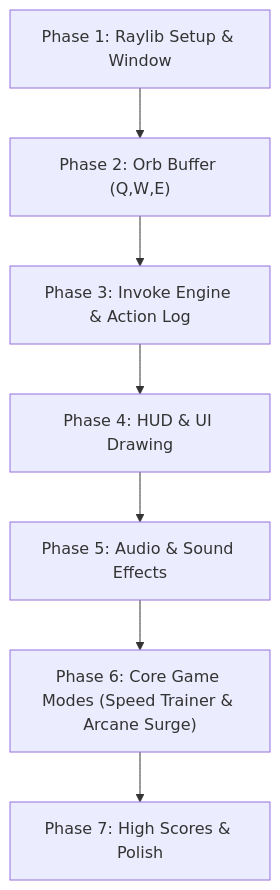
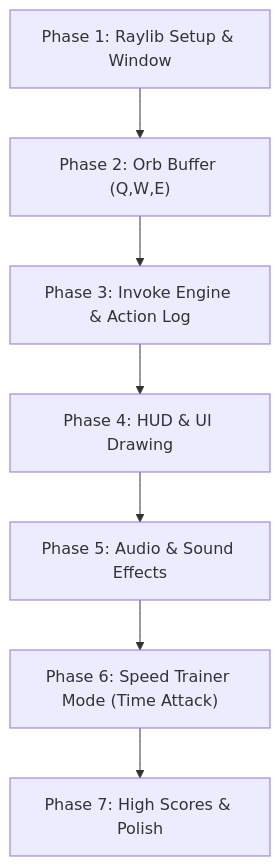
Before and after one commit to rasyidcode/invoker-game: the diagram in ROADMAP.md, drawn with Mermaid. The commit also changed other lines of this file and 4 other files, not shown here.

````diff
--- a/ROADMAP.md
+++ b/ROADMAP.md
@@ -9,9 +9,9 @@
 ```mermaid
 flowchart TD
     M1["Phase 1: Raylib Setup & Window"] --> M2["Phase 2: Orb Buffer (Q,W,E)"]
     M2 --> M3["Phase 3: Invoke Engine & Action Log"]
     M3 --> M4["Phase 4: HUD & UI Drawing"]
     M4 --> M5["Phase 5: Audio & Sound Effects"]
-    M5 --> M6["Phase 6: Core Game Modes (Speed Trainer & Arcane Surge)"]
+    M5 --> M6["Phase 6: Speed Trainer Mode (Time Attack)"]
     M6 --> M7["Phase 7: High Scores & Polish"]
 ```
````
